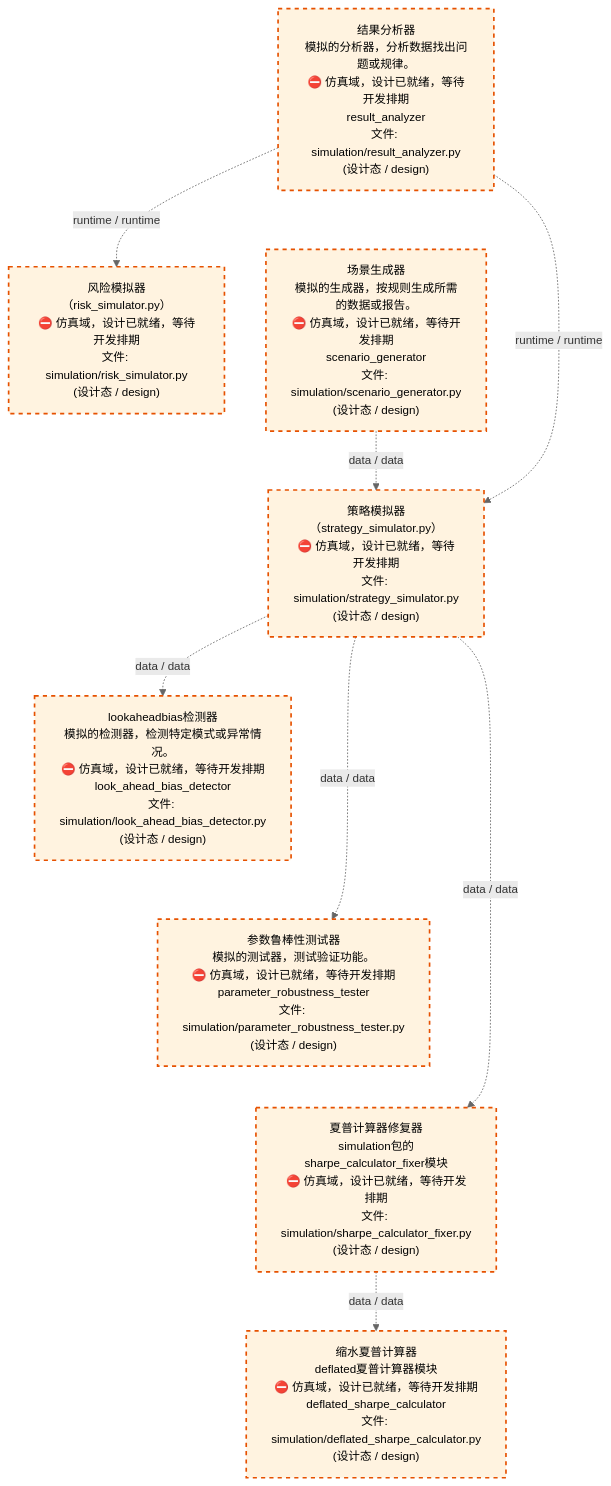
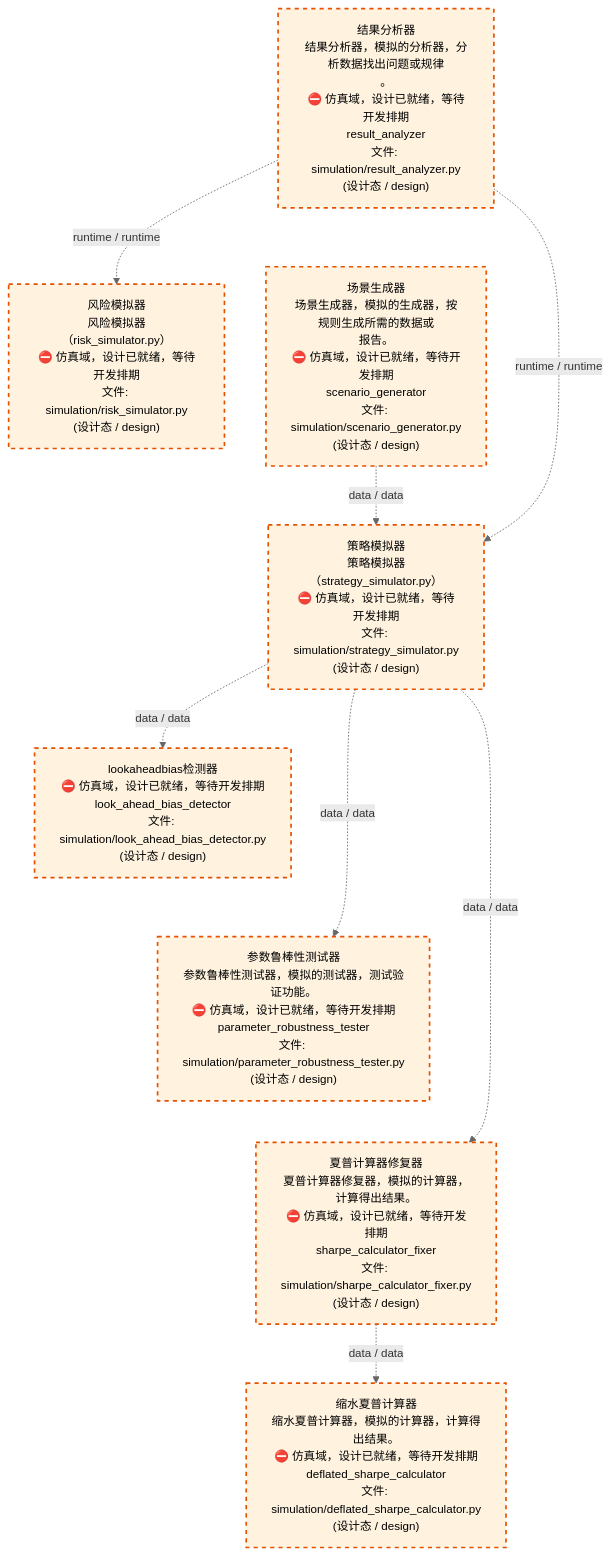
Before and after one commit to xuanFelixVan/ZephyrAlpha: the third of 4 diagrams in docs/02_enterprise_architecture/02_domain_architecture_docs/70_d_simulation.md, drawn with Mermaid. The commit also changed other lines of this file and 56 other files, not shown here.

````diff
--- a/docs/02_enterprise_architecture/02_domain_architecture_docs/70_d_simulation.md
+++ b/docs/02_enterprise_architecture/02_domain_architecture_docs/70_d_simulation.md
@@ -112,28 +112,28 @@
 ```mermaid
 %%{init: {'theme': 'base', 'themeVariables': {'primaryColor': '#eaeaea', 'primaryTextColor': '#333333', 'primaryBorderColor': '#666666', 'lineColor': '#666666', 'secondaryColor': '#eaeaea', 'tertiaryColor': '#eaeaea', 'fontSize': '14px'}}}%%
 flowchart TD
-    src_zephyr_simulation_result_analyzer_py["结果分析器<br/>模拟的分析器，分析数据找出问题或规律。<br/>⛔ 仿真域，设计已就绪，等待开发排期<br/>result_analyzer<br/>文件: simulation/result_analyzer.py<br/>(设计态 / design)"]
-    src_zephyr_simulation_scenario_generator_py["场景生成器<br/>模拟的生成器，按规则生成所需的数据或报告。<br/>⛔ 仿真域，设计已就绪，等待开发排期<br/>scenario_generator<br/>文件: simulation/scenario_generator.py<br/>(设计态 / design)"]
+    src_zephyr_simulation_result_analyzer_py["结果分析器<br/>结果分析器，模拟的分析器，分析数据找出问题或规律<br/>。<br/>⛔ 仿真域，设计已就绪，等待开发排期<br/>result_analyzer<br/>文件: simulation/result_analyzer.py<br/>(设计态 / design)"]
+    src_zephyr_simulation_scenario_generator_py["场景生成器<br/>场景生成器，模拟的生成器，按规则生成所需的数据或<br/>报告。<br/>⛔ 仿真域，设计已就绪，等待开发排期<br/>scenario_generator<br/>文件: simulation/scenario_generator.py<br/>(设计态 / design)"]
     src_zephyr_simulation_result_analyzer_py ~~~ src_zephyr_simulation_scenario_generator_py
-    src_zephyr_simulation_risk_simulator_py["风险模拟器<br/>（risk_simulator.py）<br/>⛔ 仿真域，设计已就绪，等待开发排期<br/>文件: simulation/risk_simulator.py<br/>(设计态 / design)"]
-    src_zephyr_simulation_strategy_simulator_py["策略模拟器<br/>（strategy_simulator.py）<br/>⛔ 仿真域，设计已就绪，等待开发排期<br/>文件: simulation/strategy_simulator.py<br/>(设计态 / design)"]
+    src_zephyr_simulation_risk_simulator_py["风险模拟器<br/>风险模拟器（risk_simulator.py）<br/>⛔ 仿真域，设计已就绪，等待开发排期<br/>文件: simulation/risk_simulator.py<br/>(设计态 / design)"]
+    src_zephyr_simulation_strategy_simulator_py["策略模拟器<br/>策略模拟器（strategy_simulator.py）<br/>⛔ 仿真域，设计已就绪，等待开发排期<br/>文件: simulation/strategy_simulator.py<br/>(设计态 / design)"]
     src_zephyr_simulation_risk_simulator_py ~~~ src_zephyr_simulation_strategy_simulator_py
-    src_zephyr_simulation_look_ahead_bias_detector_py["lookaheadbias检测器<br/>模拟的检测器，检测特定模式或异常情况。<br/>⛔ 仿真域，设计已就绪，等待开发排期<br/>look_ahead_bias_detector<br/>文件: simulation/look_ahead_bias_detector.py<br/>(设计态 / design)"]
-    src_zephyr_simulation_parameter_robustness_tester_py["参数鲁棒性测试器<br/>模拟的测试器，测试验证功能。<br/>⛔ 仿真域，设计已就绪，等待开发排期<br/>parameter_robustness_tester<br/>文件: simulation/parameter_robustness_tester.py<br/>(设计态 / design)"]
-    src_zephyr_simulation_sharpe_calculator_fixer_py["夏普计算器修复器<br/>simulation包的sharpe_calculator_fixer模块<br/>⛔ 仿真域，设计已就绪，等待开发排期<br/>文件: simulation/sharpe_calculator_fixer.py<br/>(设计态 / design)"]
+    src_zephyr_simulation_look_ahead_bias_detector_py["lookaheadbias检测器<br/>⛔ 仿真域，设计已就绪，等待开发排期<br/>look_ahead_bias_detector<br/>文件: simulation/look_ahead_bias_detector.py<br/>(设计态 / design)"]
+    src_zephyr_simulation_parameter_robustness_tester_py["参数鲁棒性测试器<br/>参数鲁棒性测试器，模拟的测试器，测试验证功能。<br/>⛔ 仿真域，设计已就绪，等待开发排期<br/>parameter_robustness_tester<br/>文件: simulation/parameter_robustness_tester.py<br/>(设计态 / design)"]
+    src_zephyr_simulation_sharpe_calculator_fixer_py["夏普计算器修复器<br/>夏普计算器修复器，模拟的计算器，计算得出结果。<br/>⛔ 仿真域，设计已就绪，等待开发排期<br/>sharpe_calculator_fixer<br/>文件: simulation/sharpe_calculator_fixer.py<br/>(设计态 / design)"]
     src_zephyr_simulation_look_ahead_bias_detector_py ~~~ src_zephyr_simulation_parameter_robustness_tester_py
     src_zephyr_simulation_parameter_robustness_tester_py ~~~ src_zephyr_simulation_sharpe_calculator_fixer_py
-    src_zephyr_simulation_deflated_sharpe_calculator_py["缩水夏普计算器<br/>deflated夏普计算器模块<br/>⛔ 仿真域，设计已就绪，等待开发排期<br/>deflated_sharpe_calculator<br/>文件: simulation/deflated_sharpe_calculator.py<br/>(设计态 / design)"]
+    src_zephyr_simulation_deflated_sharpe_calculator_py["缩水夏普计算器<br/>缩水夏普计算器，模拟的计算器，计算得出结果。<br/>⛔ 仿真域，设计已就绪，等待开发排期<br/>deflated_sharpe_calculator<br/>文件: simulation/deflated_sharpe_calculator.py<br/>(设计态 / design)"]
     src_zephyr_simulation_strategy_simulator_py -.->|data / data| src_zephyr_simulation_parameter_robustness_tester_py
     src_zephyr_simulation_strategy_simulator_py -.->|data / data| src_zephyr_simulation_look_ahead_bias_detector_py
     src_zephyr_simulation_strategy_simulator_py -.->|data / data| src_zephyr_simulation_sharpe_calculator_fixer_py
     src_zephyr_simulation_scenario_generator_py -.->|data / data| src_zephyr_simulation_strategy_simulator_py
     src_zephyr_simulation_result_analyzer_py -.->|runtime / runtime| src_zephyr_simulation_strategy_simulator_py
     src_zephyr_simulation_result_analyzer_py -.->|runtime / runtime| src_zephyr_simulation_risk_simulator_py
     src_zephyr_simulation_sharpe_calculator_fixer_py -.->|data / data| src_zephyr_simulation_deflated_sharpe_calculator_py
     classDef production fill:#e1f5fe,stroke:#01579b,stroke-width:2px,color:#000
     classDef design fill:#fff3e0,stroke:#e65100,stroke-width:2px,color:#000,stroke-dasharray: 5 5
     classDef external_prod fill:#e8f4fd,stroke:#0277bd,stroke-width:1px,color:#000
     classDef external_design fill:#fff8e7,stroke:#ef6c00,stroke-width:1px,color:#000,stroke-dasharray: 5 5
     class src_zephyr_simulation_deflated_sharpe_calculator_py,src_zephyr_simulation_look_ahead_bias_detector_py,src_zephyr_simulation_parameter_robustness_tester_py,src_zephyr_simulation_result_analyzer_py,src_zephyr_simulation_risk_simulator_py,src_zephyr_simulation_scenario_generator_py,src_zephyr_simulation_sharpe_calculator_fixer_py,src_zephyr_simulation_strategy_simulator_py design
 ```
````
